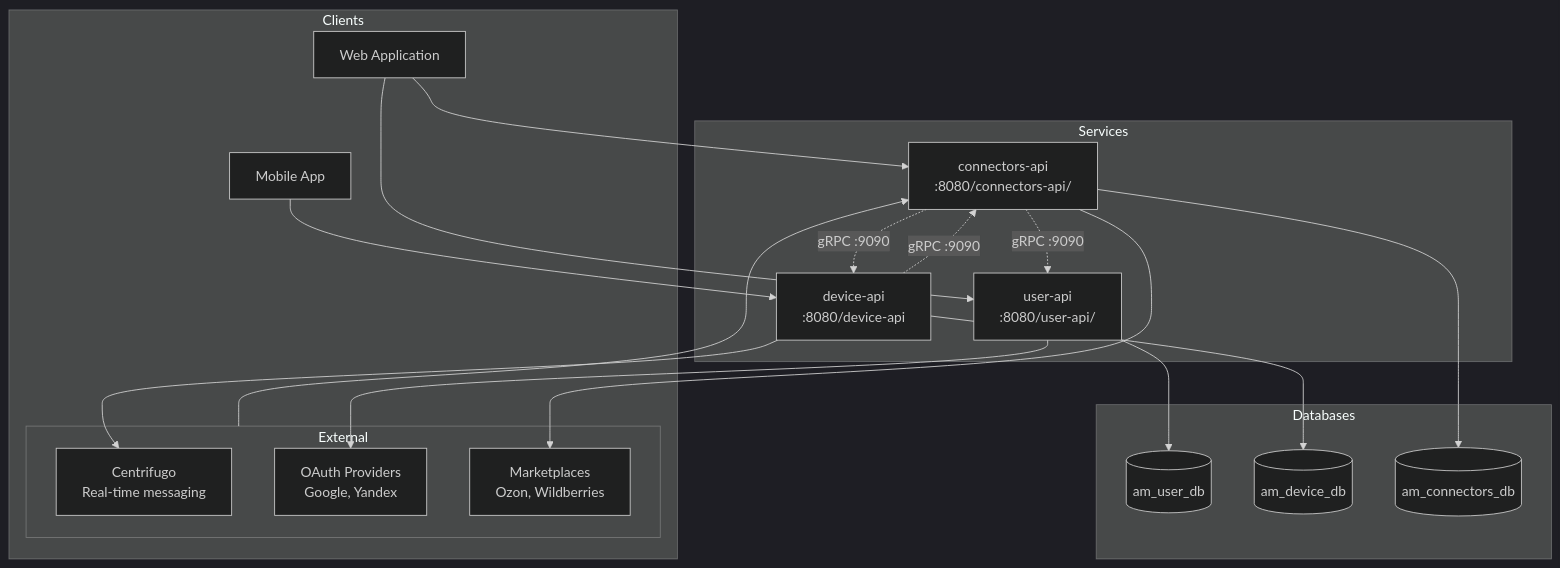
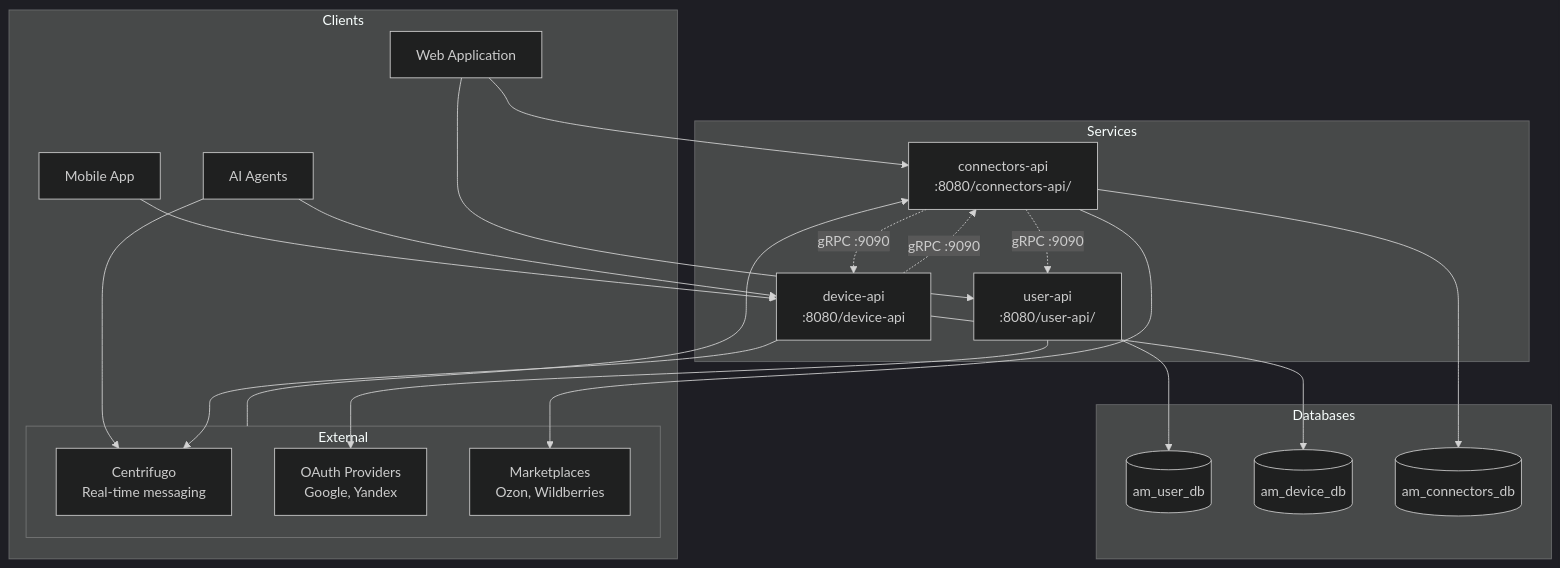
Before and after one commit to AgiMateIo/agimate-backend: the diagram in docs/architecture.md, drawn with Mermaid (dark theme). The commit also changed other lines of this file and 5 other files, not shown here.

````diff
--- a/docs/architecture.md
+++ b/docs/architecture.md
@@ -5,42 +5,45 @@
 ```mermaid
 graph TB
     subgraph "Clients"
         WebApp[Web Application]
         MobileApp[Mobile App]
         External[External Systems]
+        Agents[AI Agents]
     end
 
     subgraph "Services"
         UserAPI[user-api<br/>:8080/user-api/]
         DeviceAPI[device-api<br/>:8080/device-api]
         ConnectorsAPI[connectors-api<br/>:8080/connectors-api/]
     end
 
     subgraph "Databases"
         UserDB[(am_user_db)]
         DeviceDB[(am_device_db)]
         ConnectorsDB[(am_connectors_db)]
     end
 
     subgraph "External"
         Centrifugo[Centrifugo<br/>Real-time messaging]
         OAuth[OAuth Providers<br/>Google, Yandex]
         Marketplaces[Marketplaces<br/>Ozon, Wildberries]
     end
 
     WebApp --> UserAPI
     WebApp --> ConnectorsAPI
     MobileApp --> DeviceAPI
+    Agents --> DeviceAPI
+    Agents --> Centrifugo
     External --> ConnectorsAPI
 
     UserAPI --> UserDB
     DeviceAPI --> DeviceDB
     ConnectorsAPI --> ConnectorsDB
 
     UserAPI --> OAuth
     DeviceAPI --> Centrifugo
     ConnectorsAPI --> Marketplaces
     DeviceAPI -.->|gRPC :9090| ConnectorsAPI
     ConnectorsAPI -.->|gRPC :9090| DeviceAPI
     ConnectorsAPI -.->|gRPC :9090| UserAPI
 ```
````
